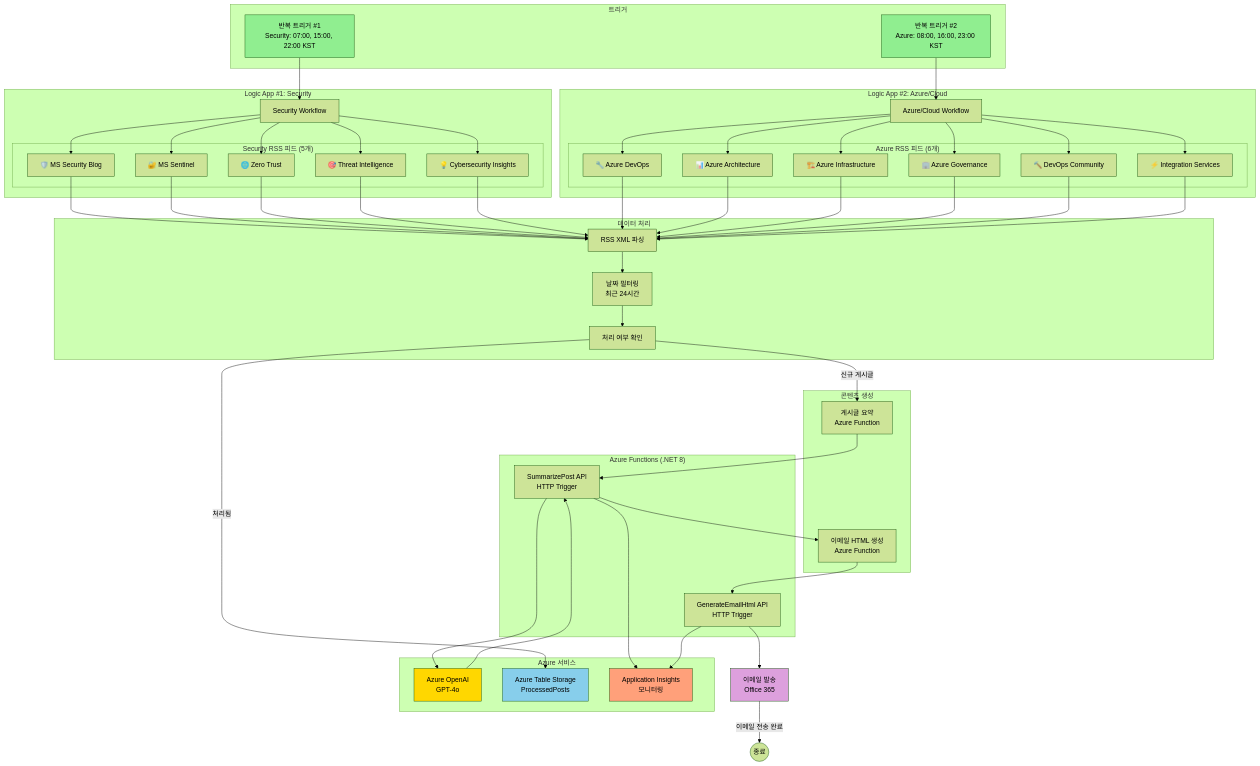
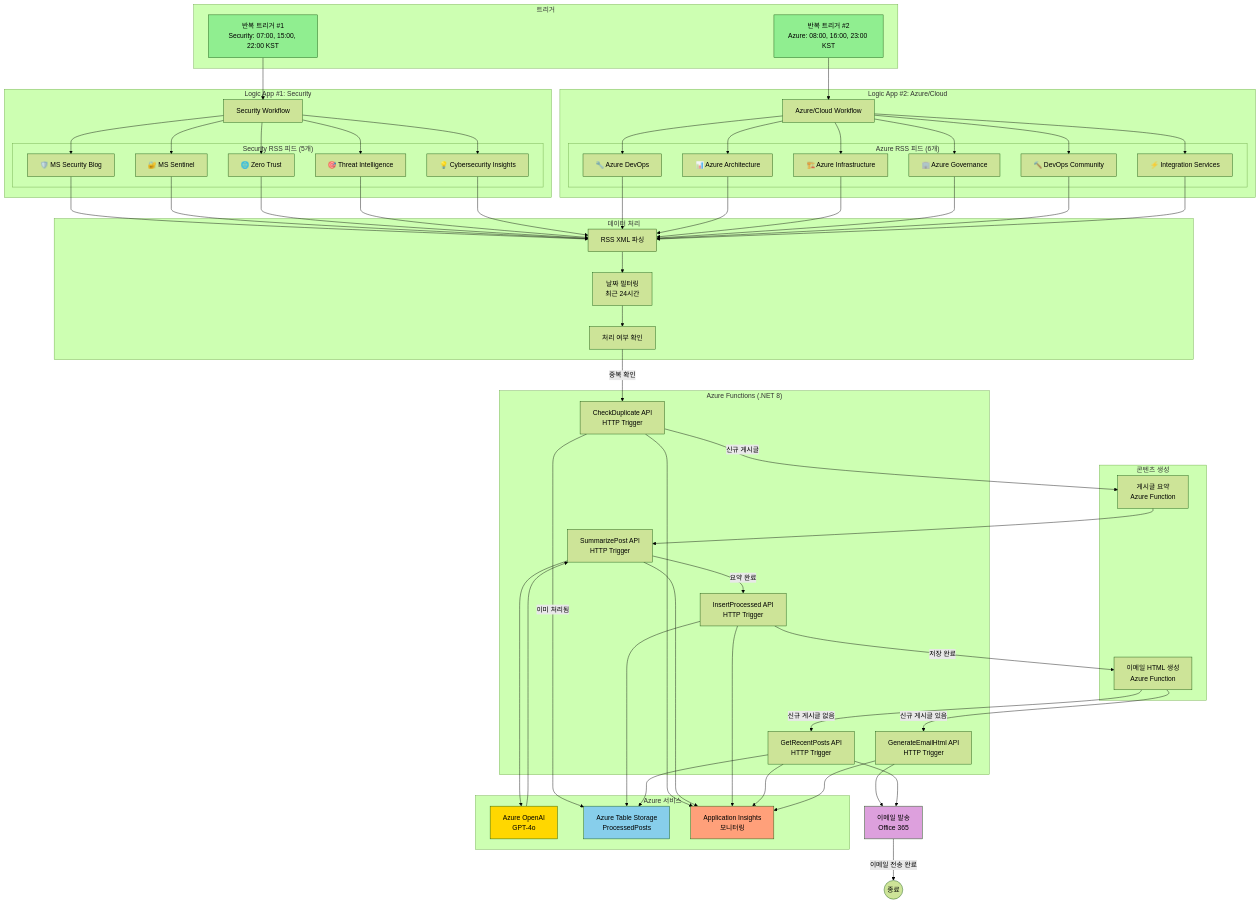
The first of 4 diagrams in docs/아키텍처.md (zer0big/azure-security-blog-automation), drawn with Mermaid (forest theme) before and after one commit. The commit also changed other lines of this file and 3 other files, not shown here.

```diff
--- a/docs/아키텍처.md
+++ b/docs/아키텍처.md
@@ -61,8 +61,11 @@
     SEND[이메일 발송<br/>Office 365]
     
     subgraph "Azure Functions (.NET 8)"
-        F1[SummarizePost API<br/>HTTP Trigger]
-        F2[GenerateEmailHtml API<br/>HTTP Trigger]
+        F1[CheckDuplicate API<br/>HTTP Trigger]
+        F2[SummarizePost API<br/>HTTP Trigger]
+        F3[InsertProcessed API<br/>HTTP Trigger]
+        F4[GetRecentPosts API<br/>HTTP Trigger]
+        F5[GenerateEmailHtml API<br/>HTTP Trigger]
     end
     
     subgraph "Azure 서비스"
@@ -79,16 +82,22 @@
     RSS6 & RSS7 & RSS8 & RSS9 & RSS10 & RSS11 --> PARSE
     PARSE --> FILTER
     FILTER --> CHECK
-    CHECK -->|신규 게시글| SUM
-    CHECK -->|처리됨| STORAGE
-    SUM --> F1
-    F1 --> AOAI
-    AOAI --> F1
-    F1 --> GEN
-    GEN --> F2
-    F2 --> SEND
+    CHECK -->|중복 확인| F1
+    F1 -->|신규 게시글| SUM
+    F1 -->|이미 처리됨| STORAGE
+    SUM --> F2
+    F2 --> AOAI
+    AOAI --> F2
+    F2 -->|요약 완료| F3
+    F3 --> STORAGE
+    F3 -->|저장 완료| GEN
+    GEN -->|신규 게시글 있음| F5
+    GEN -->|신규 게시글 없음| F4
+    F4 --> STORAGE
+    F5 --> SEND
+    F4 --> SEND
     SEND -->|이메일 전송 완료| END((종료))
-    F1 & F2 --> APPINS
+    F1 & F2 & F3 & F4 & F5 --> APPINS
     
     style T1 fill:#90EE90
     style T2 fill:#90EE90
```
